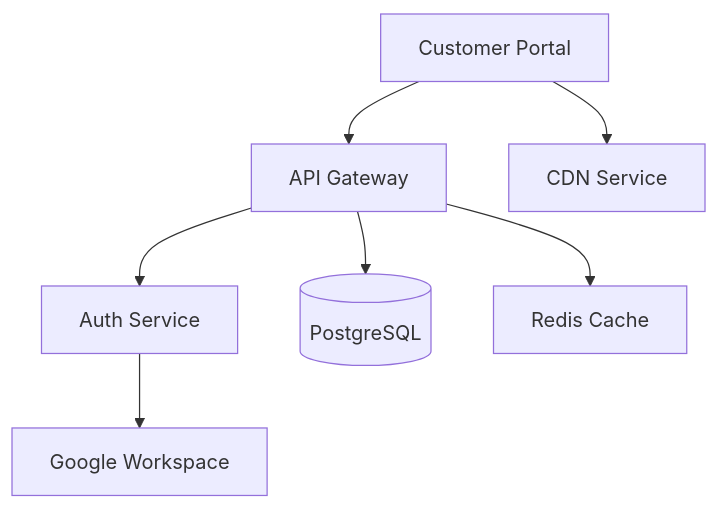
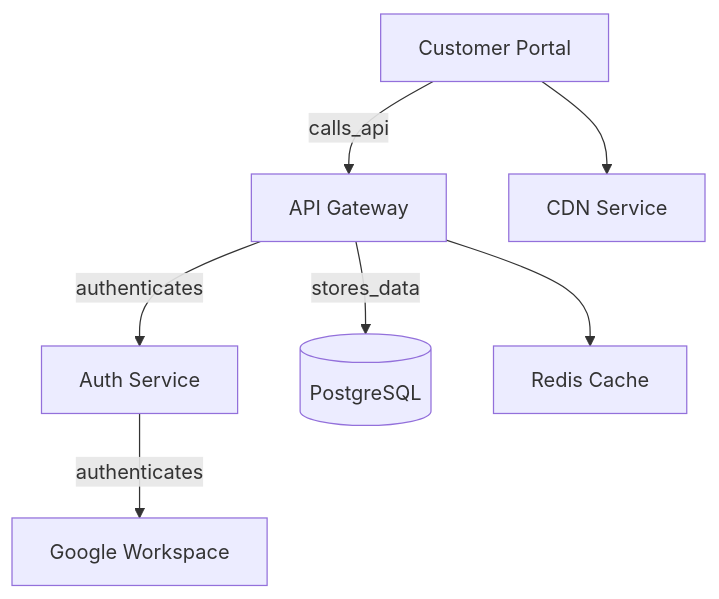
One commit to pixelotes/opsdeck-web changed the diagram in docs-content/user-guide/services.md. Above: the diagram before and after it, drawn with Mermaid. The commit also changed other lines of this file and 3 other files, not shown here.

````diff
--- a/docs-content/user-guide/services.md
+++ b/docs-content/user-guide/services.md
@@ -30,9 +28,9 @@
 ```mermaid
 graph TD
-    Portal[Customer Portal] --> API[API Gateway]
+    Portal[Customer Portal] -->|calls_api| API[API Gateway]
     Portal --> CDN[CDN Service]
-    API --> Auth[Auth Service]
-    API --> DB[(PostgreSQL)]
+    API -->|authenticates| Auth[Auth Service]
+    API -->|stores_data| DB[(PostgreSQL)]
     API --> Cache[Redis Cache]
-    Auth --> IDP[Google Workspace]
+    Auth -->|authenticates| IDP[Google Workspace]
 ```
````
